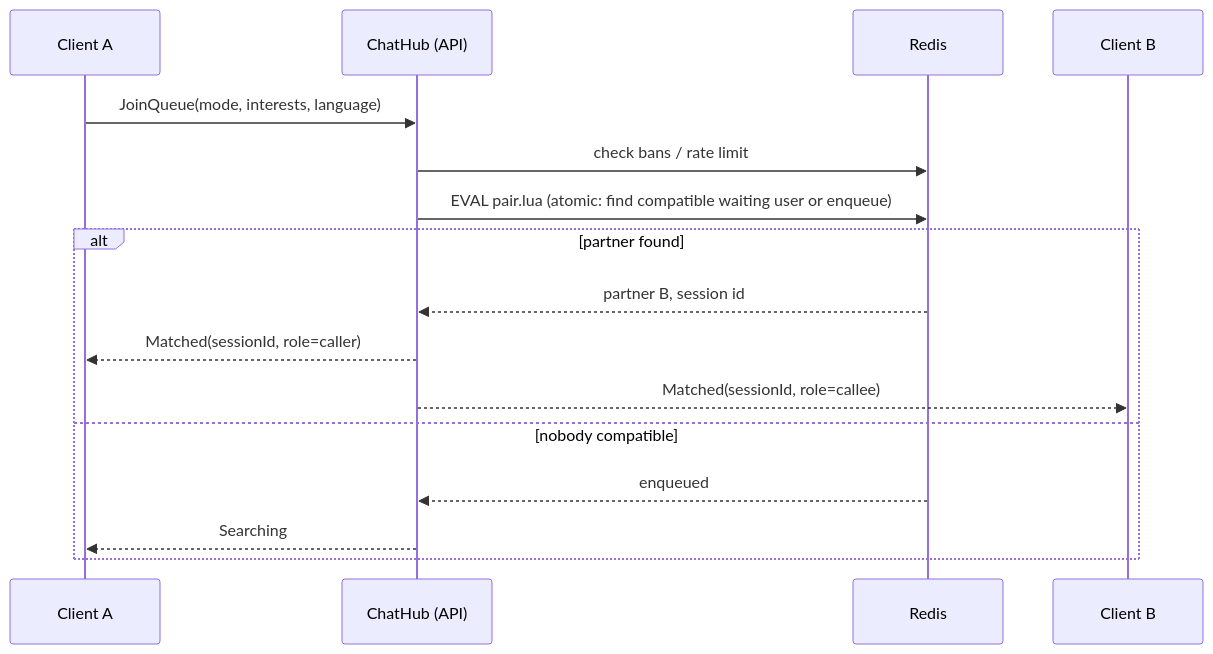
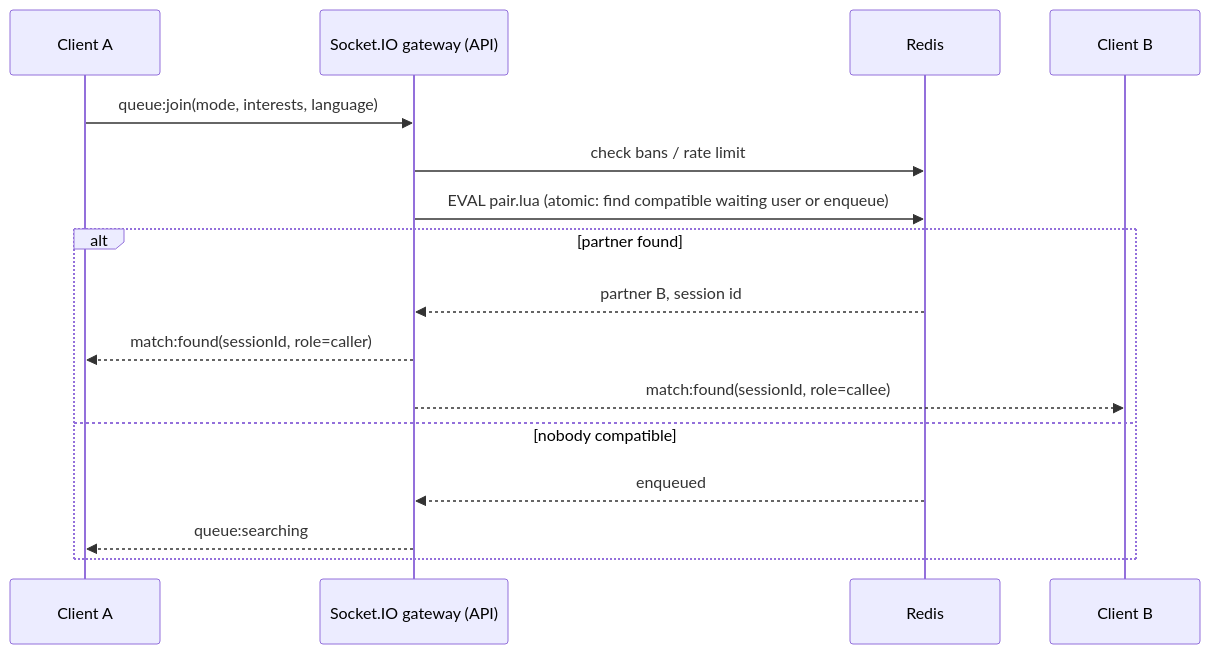
Before and after one commit to shahabwork001/parlay: the fourth of 6 diagrams in docs/architecture.md, drawn with Mermaid. The commit also changed other lines of this file and 185 other files, not shown here.

````diff
--- a/docs/architecture.md
+++ b/docs/architecture.md
@@ -62,18 +72,18 @@
 ```mermaid
 sequenceDiagram
   participant A as Client A
-  participant H as ChatHub (API)
+  participant G as Socket.IO gateway (API)
   participant R as Redis
   participant B as Client B
-  A->>H: JoinQueue(mode, interests, language)
-  H->>R: check bans / rate limit
-  H->>R: EVAL pair.lua (atomic: find compatible waiting user or enqueue)
+  A->>G: queue:join(mode, interests, language)
+  G->>R: check bans / rate limit
+  G->>R: EVAL pair.lua (atomic: find compatible waiting user or enqueue)
   alt partner found
-    R-->>H: partner B, session id
-    H-->>A: Matched(sessionId, role=caller)
-    H-->>B: Matched(sessionId, role=callee)
+    R-->>G: partner B, session id
+    G-->>A: match:found(sessionId, role=caller)
+    G-->>B: match:found(sessionId, role=callee)
   else nobody compatible
-    R-->>H: enqueued
-    H-->>A: Searching
+    R-->>G: enqueued
+    G-->>A: queue:searching
   end
 ```
````
